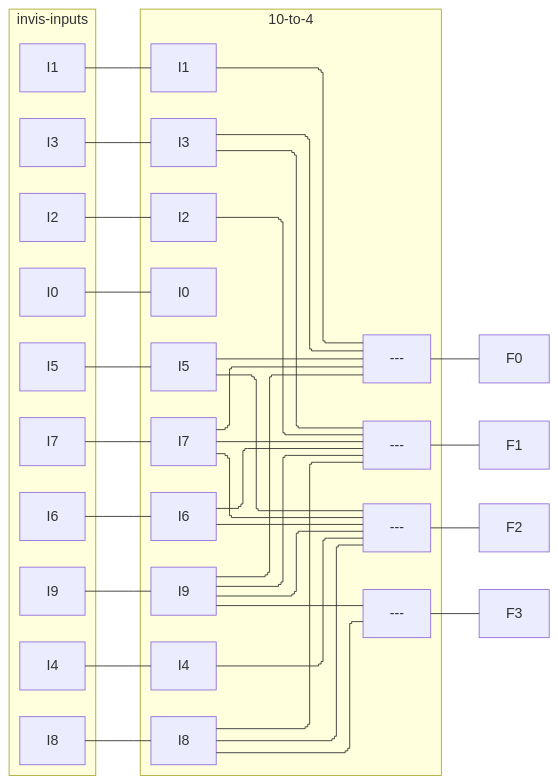
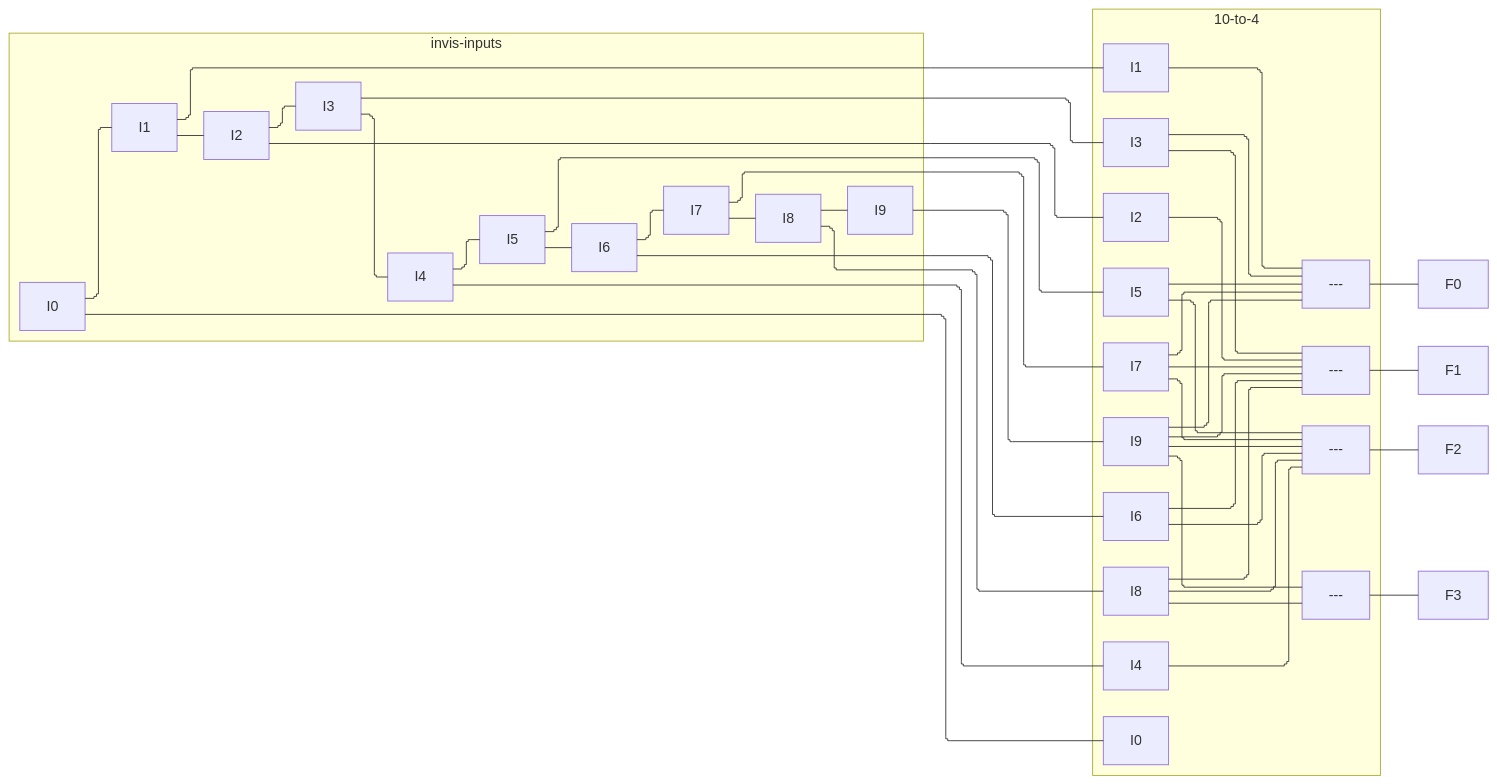
One commit to tnichols217/notes changed the third of 3 diagrams in CSDS 281 - Logic Design/HW/7/tables.md. Above: the diagram before and after it, drawn with Mermaid.

Commit message:
vault backup: 2024-03-27 11:50:14

````diff
--- a/CSDS 281 - Logic Design/HW/7/tables.md
+++ b/CSDS 281 - Logic Design/HW/7/tables.md
@@ -111,36 +111,36 @@
 ```mermaid
 %%{ init: { 'flowchart': { 'curve': 'stepBefore', "defaultRenderer": "elk" } } }%%
 flowchart LR
 subgraph invis-inputs
-I0i[I0]
-I1i[I1]
-I2i[I2]
-I3i[I3]
-I4i[I4]
-I5i[I5]
-I6i[I6]
-I7i[I7]
-I8i[I8]
+I0i[I0] ---
+I1i[I1] ---
+I2i[I2] ---
+I3i[I3] ---
+I4i[I4] ---
+I5i[I5] ---
+I6i[I6] ---
+I7i[I7] ---
+I8i[I8] ---
 I9i[I9]
 end
 subgraph 10-to-4
 I0i --- I0
 I1i --- I1
 I2i --- I2
 I3i --- I3
 I4i --- I4
 I5i --- I5
 I6i --- I6
 I7i --- I7
 I8i --- I8
 I9i --- I9
 I1 & I3 & I5 & I7 & I9 --- or0[---]
 I2 & I3 & I6 & I7 & I8 & I9 --- or1[---]
 I4 & I5 & I6 & I7 & I8 & I9 --- or2[---]
 I8 & I9 --- or3[---]
 end
 or0 --- F0
 or1 --- F1
 or2 --- F2
 or3 --- F3
 ```
````
